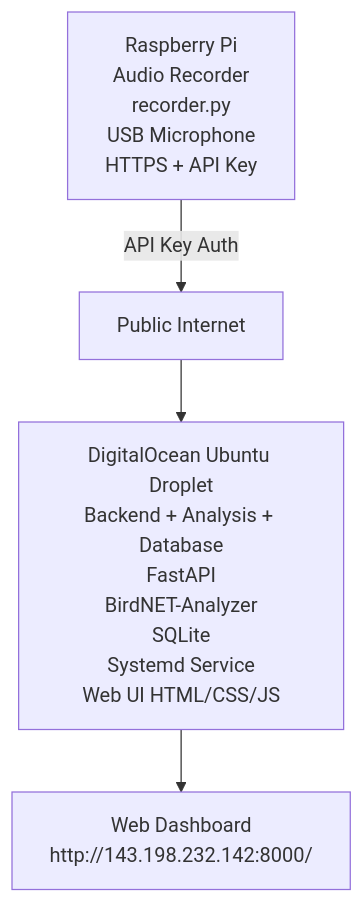
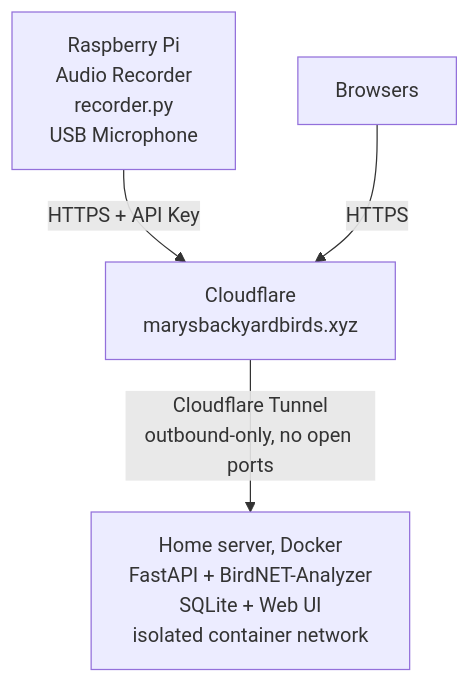
The diagram in README.md (tylerschnelker/BirdingWatch), drawn with Mermaid before and after one commit. The commit also changed other lines of this file and 10 other files, not shown here.

First line of the commit message:
Move the server to the homelab behind a Cloudflare Tunnel

````diff
--- a/README.md
+++ b/README.md
@@ -9,6 +9,6 @@
 ```mermaid
 graph TD
-    A[Raspberry Pi<br/>Audio Recorder<br/>recorder.py<br/>USB Microphone<br/>HTTPS + API Key] -->|API Key Auth| B[Public Internet]
-    B --> C[DigitalOcean Ubuntu Droplet<br/>Backend + Analysis + Database<br/>FastAPI<br/>BirdNET-Analyzer<br/>SQLite<br/>Systemd Service<br/>Web UI HTML/CSS/JS]
-    C --> D[Web Dashboard<br/>http://143.198.232.142:8000/]
+    A[Raspberry Pi<br/>Audio Recorder<br/>recorder.py<br/>USB Microphone] -->|HTTPS + API Key| B[Cloudflare<br/>marysbackyardbirds.xyz]
+    B -->|Cloudflare Tunnel<br/>outbound-only, no open ports| C[Home server, Docker<br/>FastAPI + BirdNET-Analyzer<br/>SQLite + Web UI<br/>isolated container network]
+    D[Browsers] -->|HTTPS| B
 ```
````
